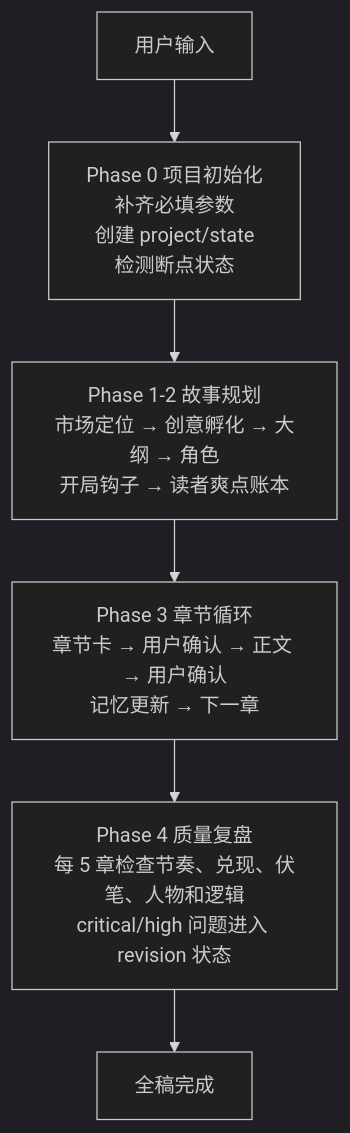
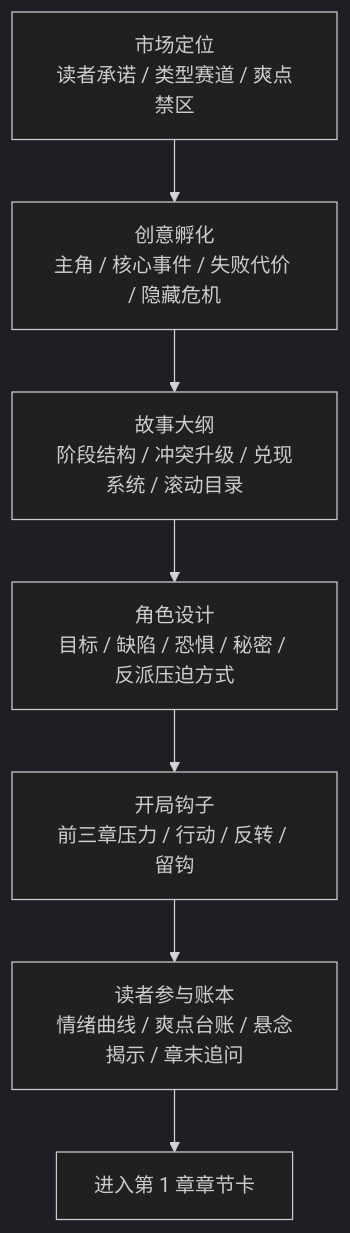
Before and after one commit to zhangjianqiang123/fiction-autopilot-skill: the second of 3 diagrams in README.md, drawn with Mermaid (dark theme). The commit also changed other lines of this file, not shown here.

Commit message:
Improve README Mermaid workflow

````diff
--- a/README.md
+++ b/README.md
@@ -92,8 +111,9 @@
 ```mermaid
 flowchart TD
-    A[用户输入] --> B["Phase 0 项目初始化<br/>补齐必填参数<br/>创建 project/state<br/>检测断点状态"]
-    B --> C["Phase 1-2 故事规划<br/>市场定位 → 创意孵化 → 大纲 → 角色<br/>开局钩子 → 读者爽点账本"]
-    C --> D["Phase 3 章节循环<br/>章节卡 → 用户确认 → 正文 → 用户确认<br/>记忆更新 → 下一章"]
-    D --> E["Phase 4 质量复盘<br/>每 5 章检查节奏、兑现、伏笔、人物和逻辑<br/>critical/high 问题进入 revision 状态"]
-    E --> F[全稿完成]
+    A["市场定位<br/>读者承诺 / 类型赛道 / 爽点禁区"] --> B["创意孵化<br/>主角 / 核心事件 / 失败代价 / 隐藏危机"]
+    B --> C["故事大纲<br/>阶段结构 / 冲突升级 / 兑现系统 / 滚动目录"]
+    C --> D["角色设计<br/>目标 / 缺陷 / 恐惧 / 秘密 / 反派压迫方式"]
+    D --> E["开局钩子<br/>前三章压力 / 行动 / 反转 / 留钩"]
+    E --> F["读者参与账本<br/>情绪曲线 / 爽点台账 / 悬念揭示 / 章末追问"]
+    F --> G["进入第 1 章章节卡"]
 ```
````
